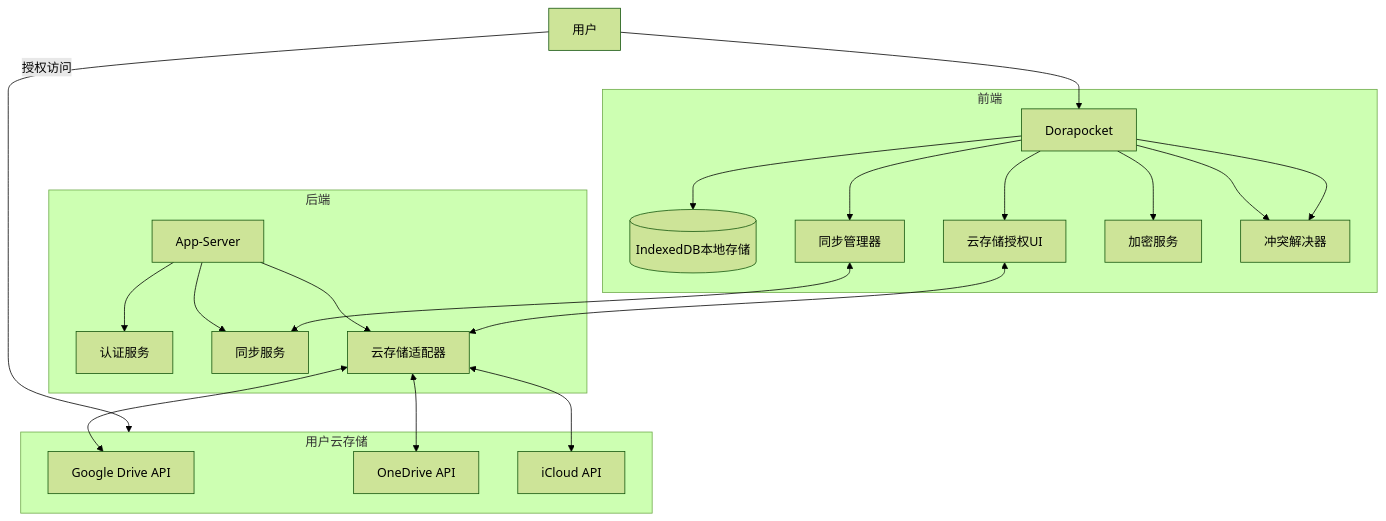
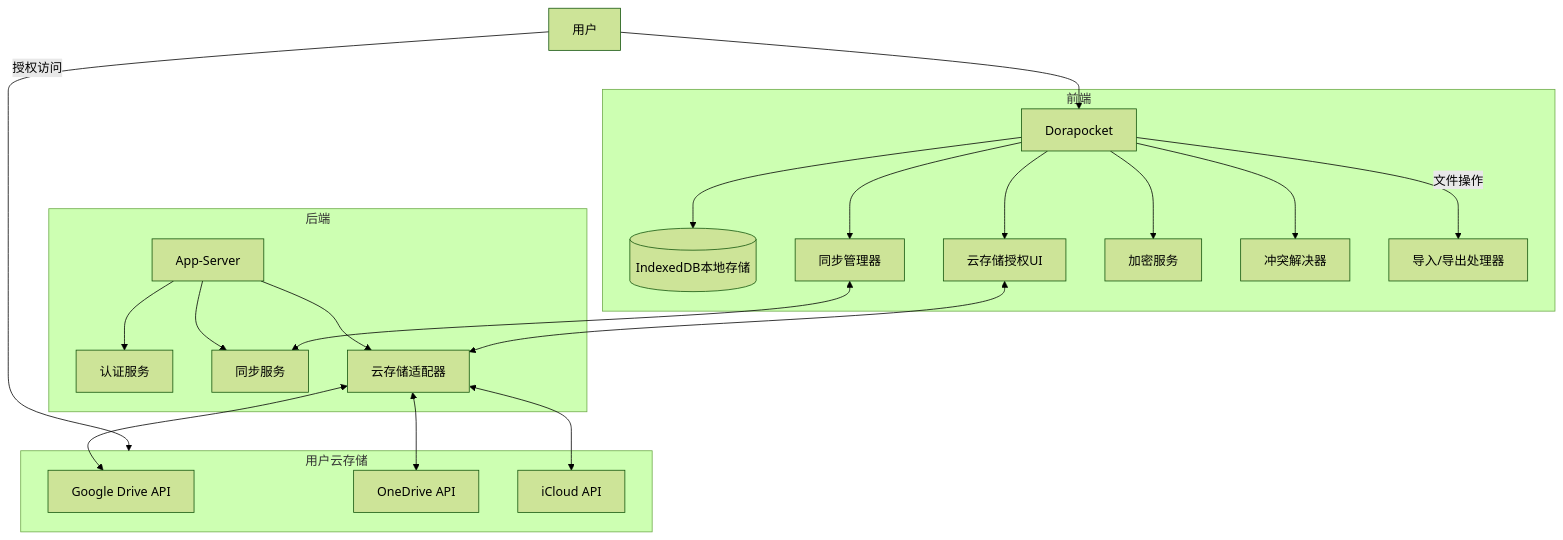
One commit to yingjianzh/iodraw-files changed the diagram in all/未命名-34.md. Above: the diagram before and after it, drawn with Mermaid (forest theme).

Commit message:
2025-04-17 10:47:13 update

````diff
--- a/all/未命名-34.md
+++ b/all/未命名-34.md
@@ -1,29 +1,29 @@
 ```mermaid
 flowchart TD
     User[用户] --> FrontEnd[Dorapocket]
     
     subgraph 前端
         FrontEnd --> LocalDB[(IndexedDB本地存储)]
         FrontEnd --> SyncManager[同步管理器]
         FrontEnd --> CloudAuthUI[云存储授权UI]
         FrontEnd --> CryptoService[加密服务]
         FrontEnd --> ConflictResolver[冲突解决器]
-        FrontEnd --> ConflictResolver[冲突解决器]
+        FrontEnd --> |文件操作| J[导入/导出处理器]
     end
     
     subgraph 后端
         AppServer[App-Server] --> AuthService[认证服务]
         AppServer --> SyncService[同步服务]
         AppServer --> CloudAdapter[云存储适配器]
     end
     
     subgraph 用户云存储
         CloudAdapter <--> GoogleDrive[Google Drive API]
         CloudAdapter <--> OneDrive[OneDrive API]
         CloudAdapter <--> iCloud[iCloud API]
     end
     
     User -- "授权访问" --> 用户云存储
     SyncManager <--> SyncService
     CloudAuthUI <--> CloudAdapter
 ```
````
